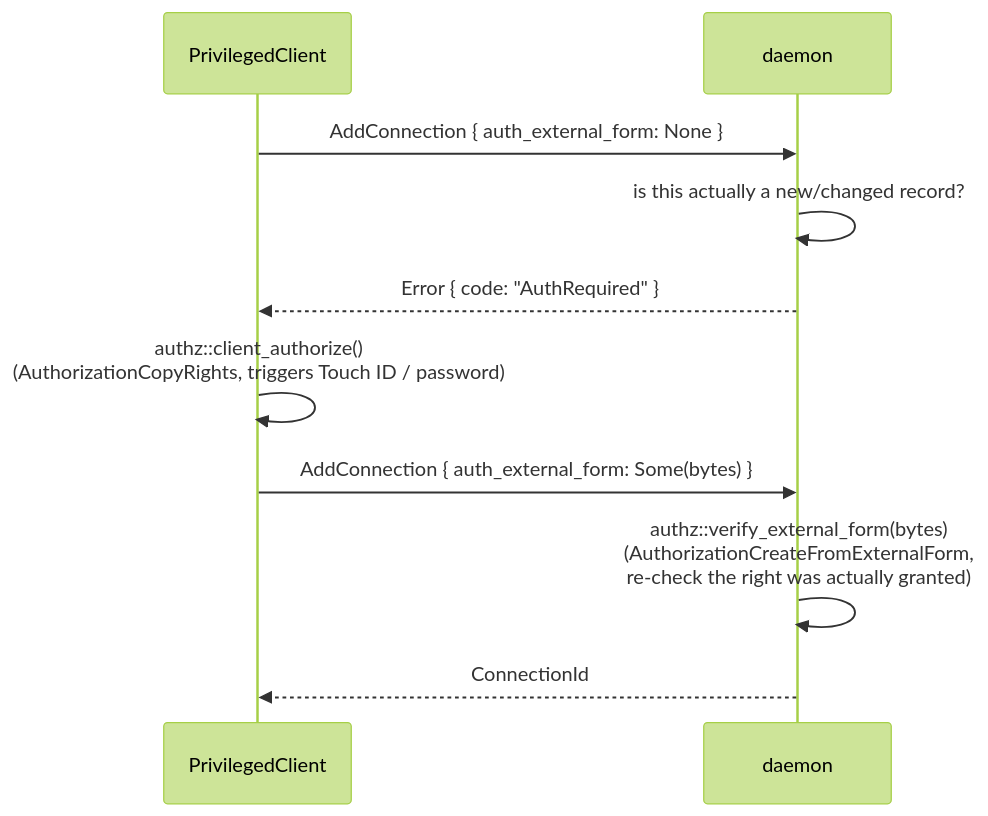
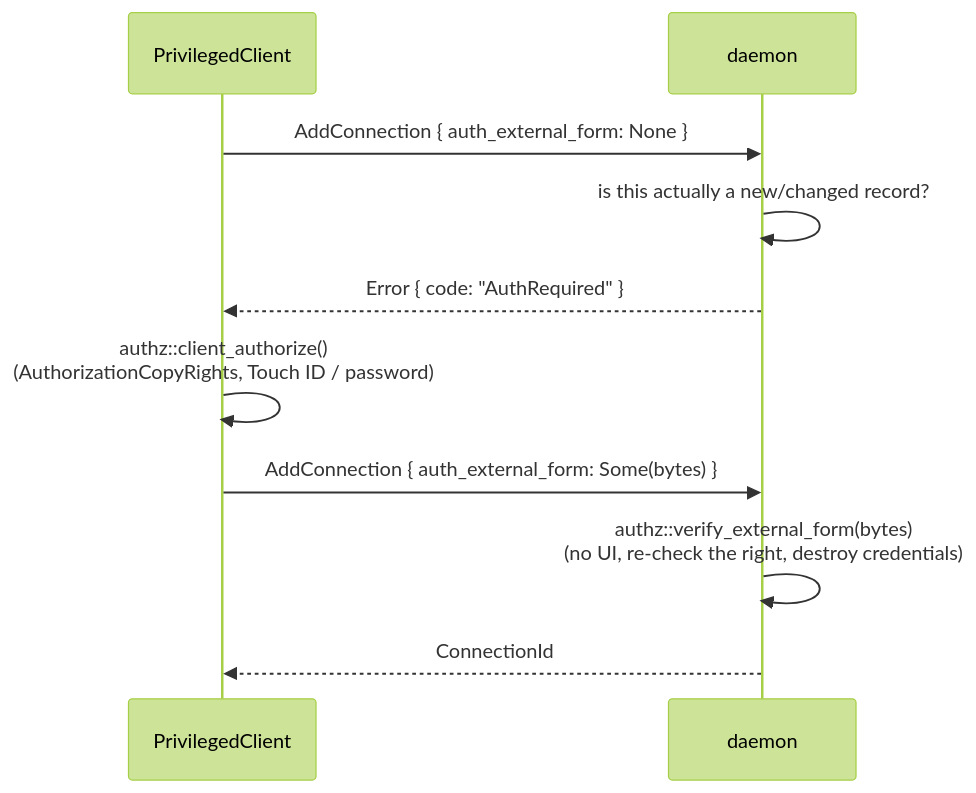
The sixth of 11 diagrams in doc/architecture.md (pansen/macos-wireguard-daemon), drawn with Mermaid (forest theme) before and after one commit. The commit also changed other lines of this file and 4 other files, not shown here.

````diff
--- a/doc/architecture.md
+++ b/doc/architecture.md
@@ -328,12 +271,12 @@
 ```mermaid
 sequenceDiagram
     participant CLI as PrivilegedClient
     participant D as daemon
     CLI->>D: AddConnection { auth_external_form: None }
     D->>D: is this actually a new/changed record?
     D-->>CLI: Error { code: "AuthRequired" }
-    CLI->>CLI: authz::client_authorize()<br/>(AuthorizationCopyRights, triggers Touch ID / password)
+    CLI->>CLI: authz::client_authorize()<br/>(AuthorizationCopyRights, Touch ID / password)
     CLI->>D: AddConnection { auth_external_form: Some(bytes) }
-    D->>D: authz::verify_external_form(bytes)<br/>(AuthorizationCreateFromExternalForm,<br/>re-check the right was actually granted)
+    D->>D: authz::verify_external_form(bytes)<br/>(no UI, re-check the right, destroy credentials)
     D-->>CLI: ConnectionId
 ```
````
